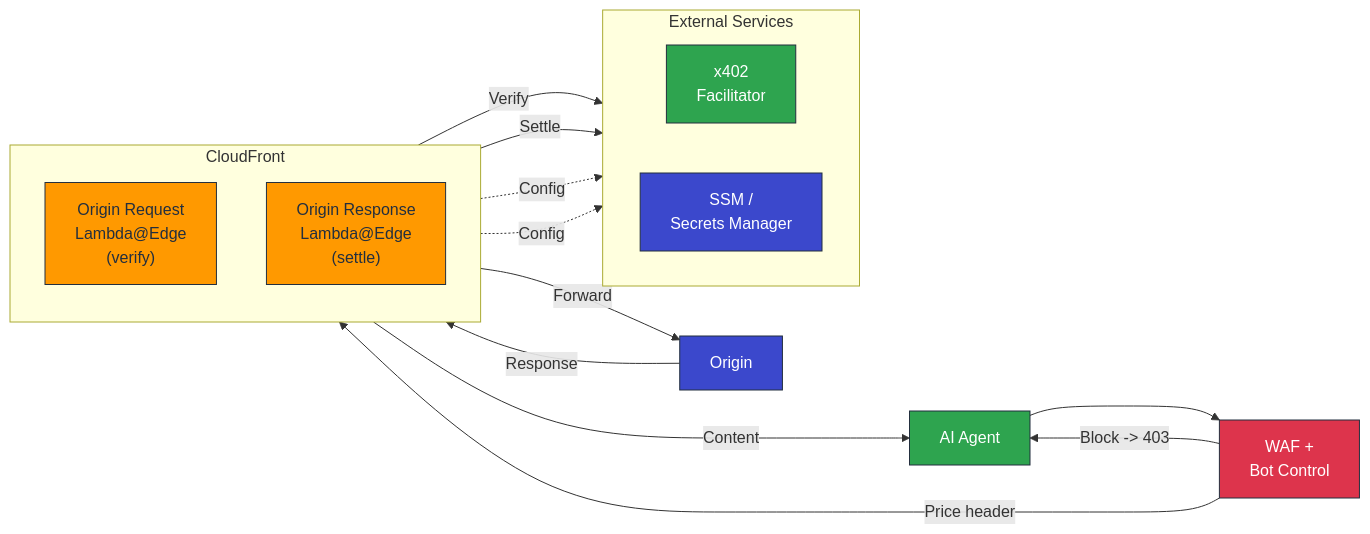
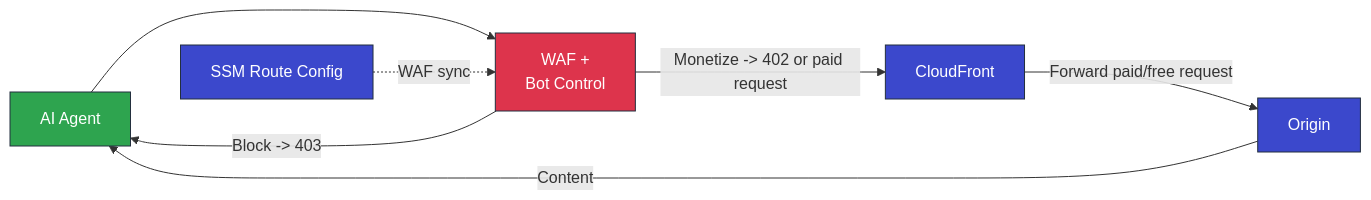
One commit to aws-samples/sample-x402-content-monetization-with-cloudfront-and-waf changed the first of 3 diagrams in README.md. Above: the diagram before and after it, drawn with Mermaid. The commit also changed other lines of this file and 23 other files, not shown here.

````diff
--- a/README.md
+++ b/README.md
@@ -17,37 +47,17 @@
 ```mermaid
 graph LR
     Agent["AI Agent"] --> WAF["WAF +<br/>Bot Control"]
-    WAF -->|"Price header"| LReq
+    WAF -->|"Monetize -> 402 or paid request"| CF["CloudFront"]
     WAF --->|"Block -> 403"| Agent
-
-    subgraph CloudFront
-        direction TB
-        LReq["Origin Request<br/>Lambda@Edge<br/>(verify)"]
-        LRes["Origin Response<br/>Lambda@Edge<br/>(settle)"]
-    end
-
-    LReq -->|Forward| Origin["Origin"]
-    Origin -->|Response| LRes
-    LRes --->|Content| Agent
-
-    subgraph "External Services"
-        direction LR
-        Facilitator["x402<br/>Facilitator"]
-        Config["SSM /<br/>Secrets Manager"]
-    end
-
-    LReq -->|Verify| Facilitator
-    LRes -->|Settle| Facilitator
-    LReq -.->|Config| Config
-    LRes -.->|Config| Config
+    CF -->|Forward paid/free request| Origin["Origin"]
+    Origin --->|Content| Agent
+    Config["SSM Route Config"] -.->|WAF sync| WAF
 
     classDef waf fill:#dd344c,stroke:#232f3e,color:white
-    classDef lambda fill:#f90,stroke:#232f3e,color:#232f3e
     classDef storage fill:#3b48cc,stroke:#232f3e,color:white
     classDef external fill:#2ea44f,stroke:#232f3e,color:white
 
     class WAF waf
-    class LReq,LRes lambda
-    class Config,Origin storage
-    class Facilitator,Agent external
+    class CF,Config,Origin storage
+    class Agent external
 ```
````
